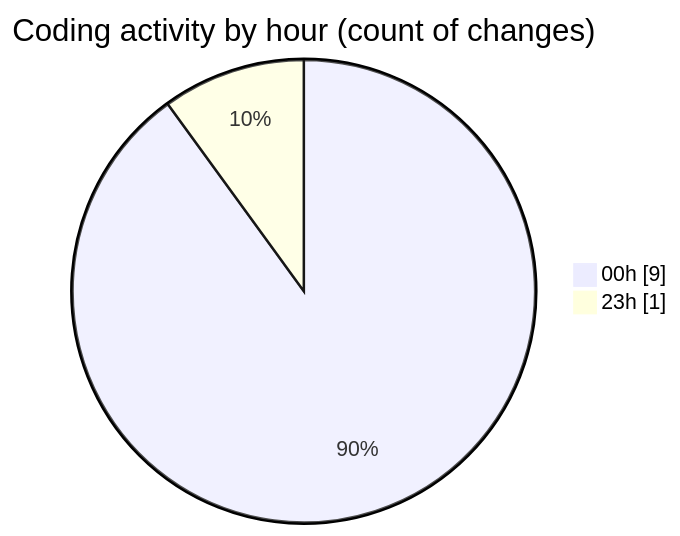
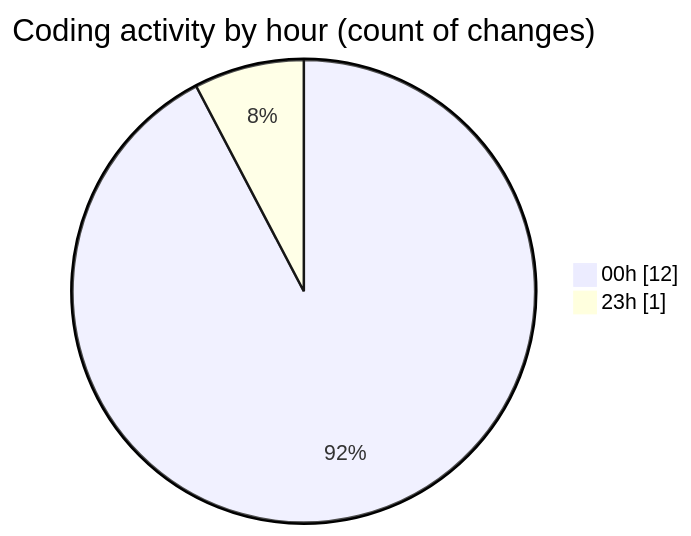
Before and after one commit to lephambinh05/code-tracking: the second of 2 diagrams in 2025-08-04/studybuddy/README.md, drawn with Mermaid. The commit also changed other lines of this file and 1 other file, not shown here.

````diff
--- a/2025-08-04/studybuddy/README.md
+++ b/2025-08-04/studybuddy/README.md
@@ -30,6 +30,6 @@
 ```mermaid
 pie showData
 title Coding activity by hour (count of changes)
-"00h" : 9
+"00h" : 12
 "23h" : 1
 ```
````
